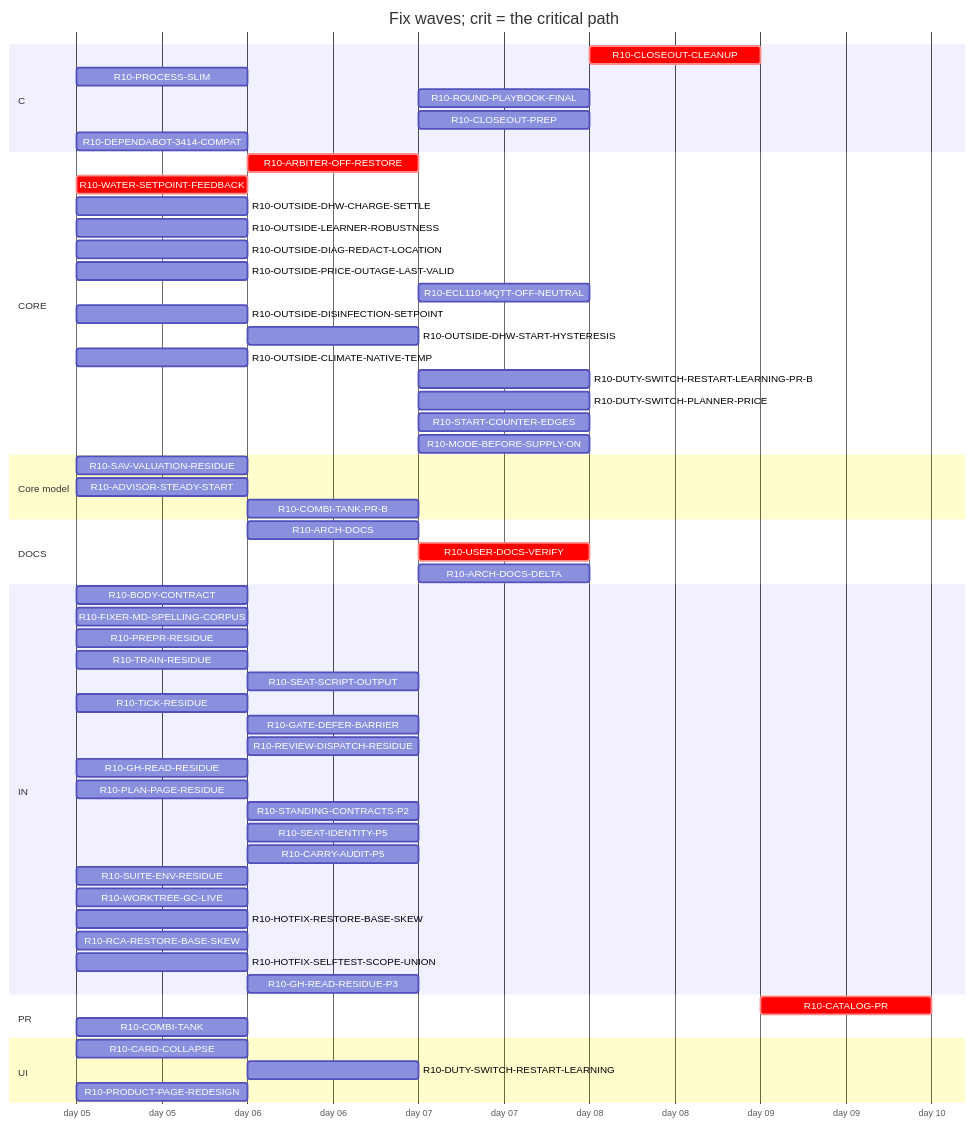
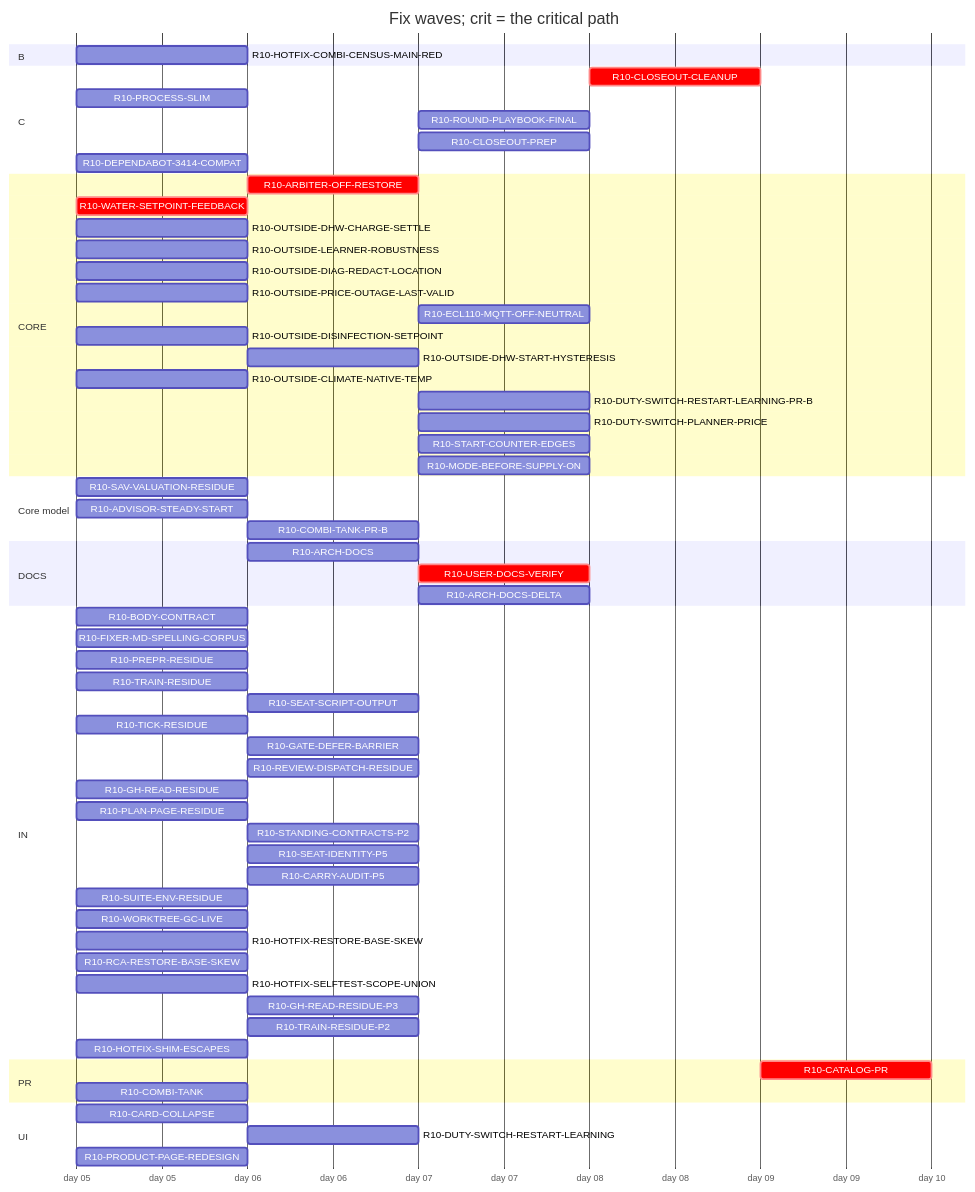
Before and after one commit to tvofi/heatpump_optimizer: the diagram in handoff/round10/state/PLAN-TABLE.md, drawn with Mermaid. The commit also changed other lines of this file and 4 other files, not shown here.

Commit message:
state: FLOW-BOARD.md, NEXT-SESSION-PROMPT.md, PLAN-TABLE.md, PLAN.html, RESUME-CURRENT.md regenerated (state_docs.py)

````diff
--- a/handoff/round10/state/PLAN-TABLE.md
+++ b/handoff/round10/state/PLAN-TABLE.md
@@ -20,62 +21,66 @@
 ```mermaid
 gantt
   title Fix waves; crit = the critical path
   dateFormat YYYY-MM-DD
   axisFormat day %d
+  section B
+    R10-HOTFIX-COMBI-CENSUS-MAIN-RED :r10HOTFIXCOMBICENSUSMAINRED, 2026-01-05, 1d
   section C
     R10-CLOSEOUT-CLEANUP :crit, r10CLOSEOUTCLEANUP, after r10ARCHDOCS r10USERDOCSVERIFY r10ROUNDPLAYBOOKFINAL r10CLOSEOUTPREP r10ARCHDOCSDELTA, 1d
     R10-PROCESS-SLIM :r10PROCESSSLIM, 2026-01-05, 1d
     R10-ROUND-PLAYBOOK-FINAL :r10ROUNDPLAYBOOKFINAL, after r10BODYCONTRACT r10PROCESSSLIM r10FIXERMDSPELLINGCORPUS r10PREPRRESIDUE r10SEATSCRIPTOUTPUT r10REVIEWDISPATCHRESIDUE r10CARRYAUDITP5 r10TICKRESIDUE r10SEATIDENTITYP5 r10STANDINGCONTRACTSP2 r10PLANPAGERESIDUE r10TRAINRESIDUE r10GHREADRESIDUE r10SUITEENVRESIDUE r10GATEDEFERBARRIER r10WORKTREEGCLIVE, 1d
     R10-CLOSEOUT-PREP :r10CLOSEOUTPREP, after r10ARCHDOCS r10BODYCONTRACT r10PROCESSSLIM r10FIXERMDSPELLINGCORPUS r10PREPRRESIDUE r10SEATSCRIPTOUTPUT r10REVIEWDISPATCHRESIDUE r10CARRYAUDITP5 r10TICKRESIDUE r10SEATIDENTITYP5 r10STANDINGCONTRACTSP2 r10PLANPAGERESIDUE r10TRAINRESIDUE r10GHREADRESIDUE r10SUITEENVRESIDUE r10GATEDEFERBARRIER r10WORKTREEGCLIVE, 1d
     R10-DEPENDABOT-3414-COMPAT :r10DEPENDABOT3414COMPAT, 2026-01-05, 1d
   section CORE
     R10-ARBITER-OFF-RESTORE :crit, r10ARBITEROFFRESTORE, after r10WATERSETPOINTFEEDBACK, 1d
     R10-WATER-SETPOINT-FEEDBACK :crit, r10WATERSETPOINTFEEDBACK, 2026-01-05, 1d
     R10-OUTSIDE-DHW-CHARGE-SETTLE :r10OUTSIDEDHWCHARGESETTLE, 2026-01-05, 1d
     R10-OUTSIDE-LEARNER-ROBUSTNESS :r10OUTSIDELEARNERROBUSTNESS, 2026-01-05, 1d
     R10-OUTSIDE-DIAG-REDACT-LOCATION :r10OUTSIDEDIAGREDACTLOCATION, 2026-01-05, 1d
     R10-OUTSIDE-PRICE-OUTAGE-LAST-VALID :r10OUTSIDEPRICEOUTAGELASTVALID, 2026-01-05, 1d
     R10-ECL110-MQTT-OFF-NEUTRAL :r10ECL110MQTTOFFNEUTRAL, after r10ARBITEROFFRESTORE, 1d
     R10-OUTSIDE-DISINFECTION-SETPOINT :r10OUTSIDEDISINFECTIONSETPOINT, 2026-01-05, 1d
     R10-OUTSIDE-DHW-START-HYSTERESIS :r10OUTSIDEDHWSTARTHYSTERESIS, after r10OUTSIDEDISINFECTIONSETPOINT, 1d
     R10-OUTSIDE-CLIMATE-NATIVE-TEMP :r10OUTSIDECLIMATENATIVETEMP, 2026-01-05, 1d
     R10-DUTY-SWITCH-RESTART-LEARNING-PR-B :r10DUTYSWITCHRESTARTLEARNINGPRB, after r10DUTYSWITCHRESTARTLEARNING, 1d
     R10-DUTY-SWITCH-PLANNER-PRICE :r10DUTYSWITCHPLANNERPRICE, after r10DUTYSWITCHRESTARTLEARNING, 1d
     R10-START-COUNTER-EDGES :r10STARTCOUNTEREDGES, after r10DUTYSWITCHRESTARTLEARNING, 1d
     R10-MODE-BEFORE-SUPPLY-ON :r10MODEBEFORESUPPLYON, after r10DUTYSWITCHRESTARTLEARNING, 1d
   section Core model
     R10-SAV-VALUATION-RESIDUE :r10SAVVALUATIONRESIDUE, 2026-01-05, 1d
     R10-ADVISOR-STEADY-START :r10ADVISORSTEADYSTART, 2026-01-05, 1d
     R10-COMBI-TANK-PR-B :r10COMBITANKPRB, after r10COMBITANK, 1d
   section DOCS
     R10-ARCH-DOCS :r10ARCHDOCS, after r10BODYCONTRACT r10PROCESSSLIM, 1d
     R10-USER-DOCS-VERIFY :crit, r10USERDOCSVERIFY, after r10ARBITEROFFRESTORE r10COMBITANK r10PRODUCTPAGEREDESIGN, 1d
     R10-ARCH-DOCS-DELTA :r10ARCHDOCSDELTA, after r10ARCHDOCS r10ARBITEROFFRESTORE r10COMBITANK r10SAVVALUATIONRESIDUE r10ADVISORSTEADYSTART r10COMBITANKPRB, 1d
   section IN
     R10-BODY-CONTRACT :r10BODYCONTRACT, 2026-01-05, 1d
     R10-FIXER-MD-SPELLING-CORPUS :r10FIXERMDSPELLINGCORPUS, 2026-01-05, 1d
     R10-PREPR-RESIDUE :r10PREPRRESIDUE, 2026-01-05, 1d
     R10-TRAIN-RESIDUE :r10TRAINRESIDUE, 2026-01-05, 1d
     R10-SEAT-SCRIPT-OUTPUT :r10SEATSCRIPTOUTPUT, after r10TRAINRESIDUE, 1d
     R10-TICK-RESIDUE :r10TICKRESIDUE, 2026-01-05, 1d
     R10-GATE-DEFER-BARRIER :r10GATEDEFERBARRIER, after r10TRAINRESIDUE r10TICKRESIDUE, 1d
     R10-REVIEW-DISPATCH-RESIDUE :r10REVIEWDISPATCHRESIDUE, after r10PROCESSSLIM, 1d
     R10-GH-READ-RESIDUE :r10GHREADRESIDUE, 2026-01-05, 1d
     R10-PLAN-PAGE-RESIDUE :r10PLANPAGERESIDUE, 2026-01-05, 1d
     R10-STANDING-CONTRACTS-P2 :r10STANDINGCONTRACTSP2, after r10FIXERMDSPELLINGCORPUS, 1d
     R10-SEAT-IDENTITY-P5 :r10SEATIDENTITYP5, after r10TICKRESIDUE, 1d
     R10-CARRY-AUDIT-P5 :r10CARRYAUDITP5, after r10BODYCONTRACT, 1d
     R10-SUITE-ENV-RESIDUE :r10SUITEENVRESIDUE, 2026-01-05, 1d
     R10-WORKTREE-GC-LIVE :r10WORKTREEGCLIVE, 2026-01-05, 1d
     R10-HOTFIX-RESTORE-BASE-SKEW :r10HOTFIXRESTOREBASESKEW, 2026-01-05, 1d
     R10-RCA-RESTORE-BASE-SKEW :r10RCARESTOREBASESKEW, 2026-01-05, 1d
     R10-HOTFIX-SELFTEST-SCOPE-UNION :r10HOTFIXSELFTESTSCOPEUNION, 2026-01-05, 1d
     R10-GH-READ-RESIDUE-P3 :r10GHREADRESIDUEP3, after r10TICKRESIDUE r10GHREADRESIDUE, 1d
+    R10-TRAIN-RESIDUE-P2 :r10TRAINRESIDUEP2, after r10TRAINRESIDUE, 1d
+    R10-HOTFIX-SHIM-ESCAPES :r10HOTFIXSHIMESCAPES, 2026-01-05, 1d
   section PR
     R10-CATALOG-PR :crit, r10CATALOGPR, after r10USERDOCSVERIFY r10ARCHDOCS r10ROUNDPLAYBOOKFINAL r10CLOSEOUTCLEANUP r10CLOSEOUTPREP r10ARCHDOCSDELTA, 1d
     R10-COMBI-TANK :r10COMBITANK, 2026-01-05, 1d
   section UI
     R10-CARD-COLLAPSE :r10CARDCOLLAPSE, 2026-01-05, 1d
     R10-DUTY-SWITCH-RESTART-LEARNING :r10DUTYSWITCHRESTARTLEARNING, after r10WATERSETPOINTFEEDBACK, 1d
     R10-PRODUCT-PAGE-REDESIGN :r10PRODUCTPAGEREDESIGN, 2026-01-05, 1d
 ```
````
